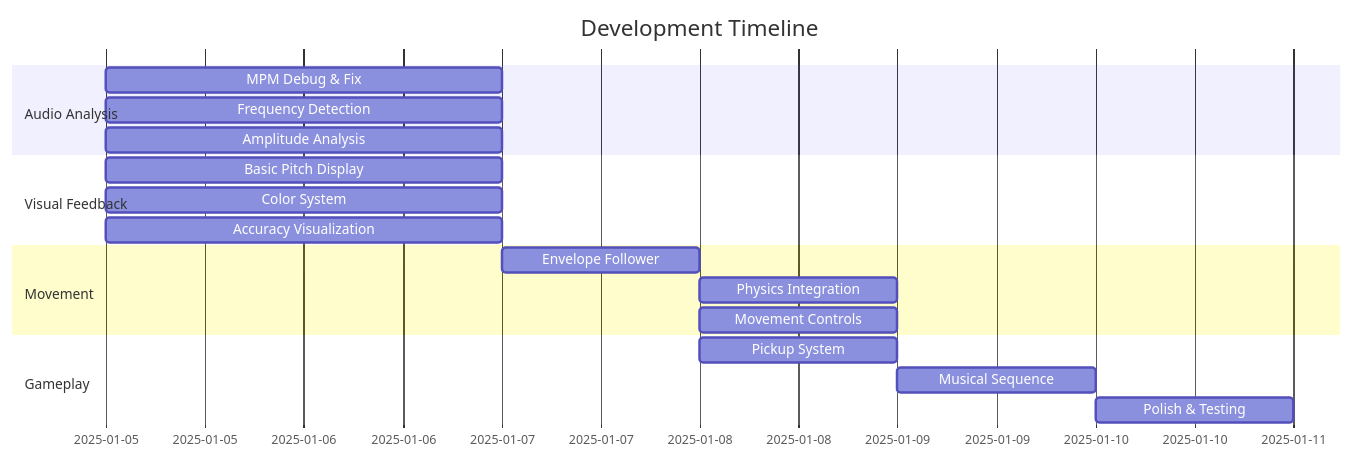
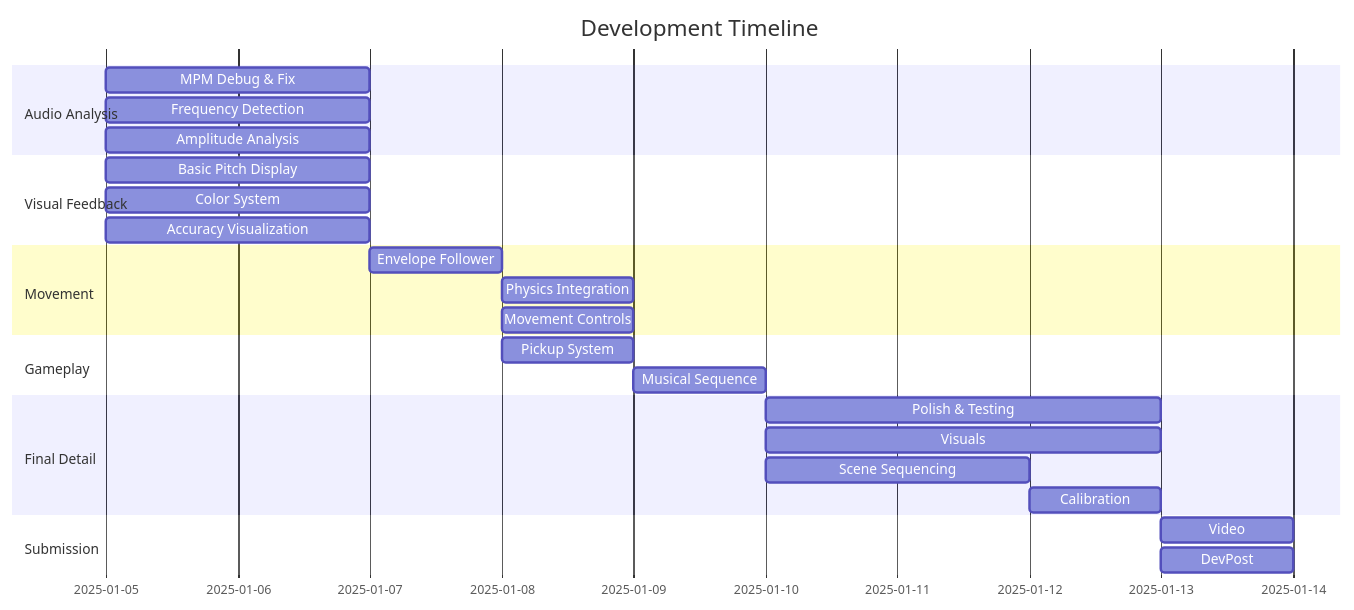
The sixth of 6 diagrams in README.md (nguyenv11/VoiceScape-v2), drawn with Mermaid before and after one commit. The commit also changed other lines of this file and 36 other files, not shown here.

````diff
--- a/README.md
+++ b/README.md
@@ -396,24 +430,33 @@
 ```mermaid
 gantt
     title Development Timeline
     dateFormat  YYYY-MM-DD
     section Audio Analysis
     MPM Debug & Fix            :a1, 2025-01-05, 2d
     Frequency Detection        :a2, 2025-01-05, 2d
     Amplitude Analysis         :a3, 2025-01-05, 2d
 
     section Visual Feedback
     Basic Pitch Display        :v4, 2025-01-05, 2d
     Color System              :v5, 2025-01-05, 2d
     Accuracy Visualization    :v6, 2025-01-05, 2d
 
     section Movement
     Envelope Follower         :m1, after a3, 1d
     Physics Integration       :m2, after m1, 1d
     Movement Controls         :m3, after m1, 1d
 
     section Gameplay
     Pickup System             :g1, after m1, 1d
     Musical Sequence          :g2, after g1, 1d
-    Polish & Testing          :g3, after g2, 1d
+
+    section Final Detail
+    Polish & Testing          :g3, after g2, 3d
+    Visuals                   :g4, after g2, 3d
+    Scene Sequencing          :g5, after g2, 2d
+    Calibration               :g6, after g5, 1d
+
+    section Submission
+    Video                     :g7, after g6, 1d
+    DevPost                   :g8, after g6, 1d
 ```
````
